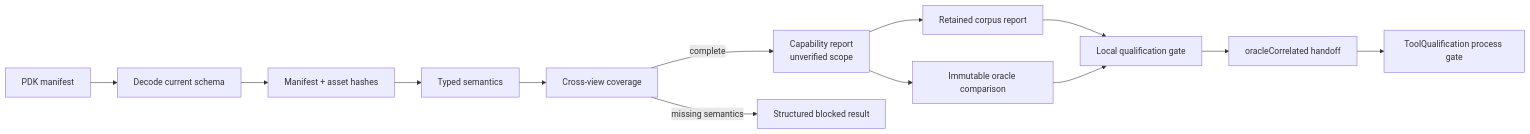
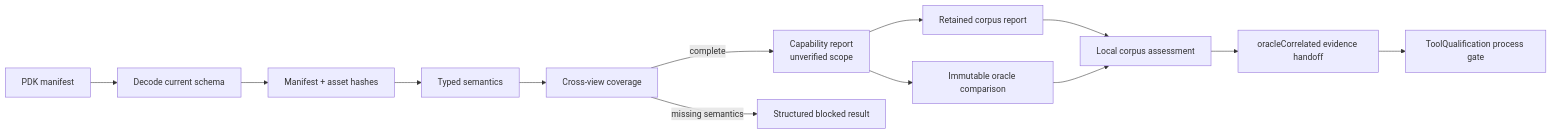
The diagram in CAPABILITY_REPORT.md (1amageek/PDKKit), drawn with Mermaid before and after one commit. The commit also changed 4 other files, not shown here.

Commit message:
Clarify assessment and qualification boundaries

````diff
--- a/CAPABILITY_REPORT.md
+++ b/CAPABILITY_REPORT.md
@@ -56,15 +56,15 @@
 ```mermaid
 flowchart LR
   Manifest["PDK manifest"] --> Decode["Decode current schema"]
   Decode --> Hash["Manifest + asset hashes"]
   Hash --> Semantics["Typed semantics"]
   Semantics --> Coverage["Cross-view coverage"]
   Coverage -->|complete| Scope["Capability report\nunverified scope"]
   Coverage -->|missing semantics| Blocked["Structured blocked result"]
   Scope --> Corpus["Retained corpus report"]
   Scope --> Oracle["Immutable oracle comparison"]
-  Corpus --> Gate["Local qualification gate"]
-  Oracle --> Gate
-  Gate --> Qualified["oracleCorrelated handoff"]
-  Qualified --> External["ToolQualification process gate"]
+  Corpus --> Assessment["Local corpus assessment"]
+  Oracle --> Assessment
+  Assessment --> Evidence["oracleCorrelated evidence handoff"]
+  Evidence --> External["ToolQualification process gate"]
 ```
````
